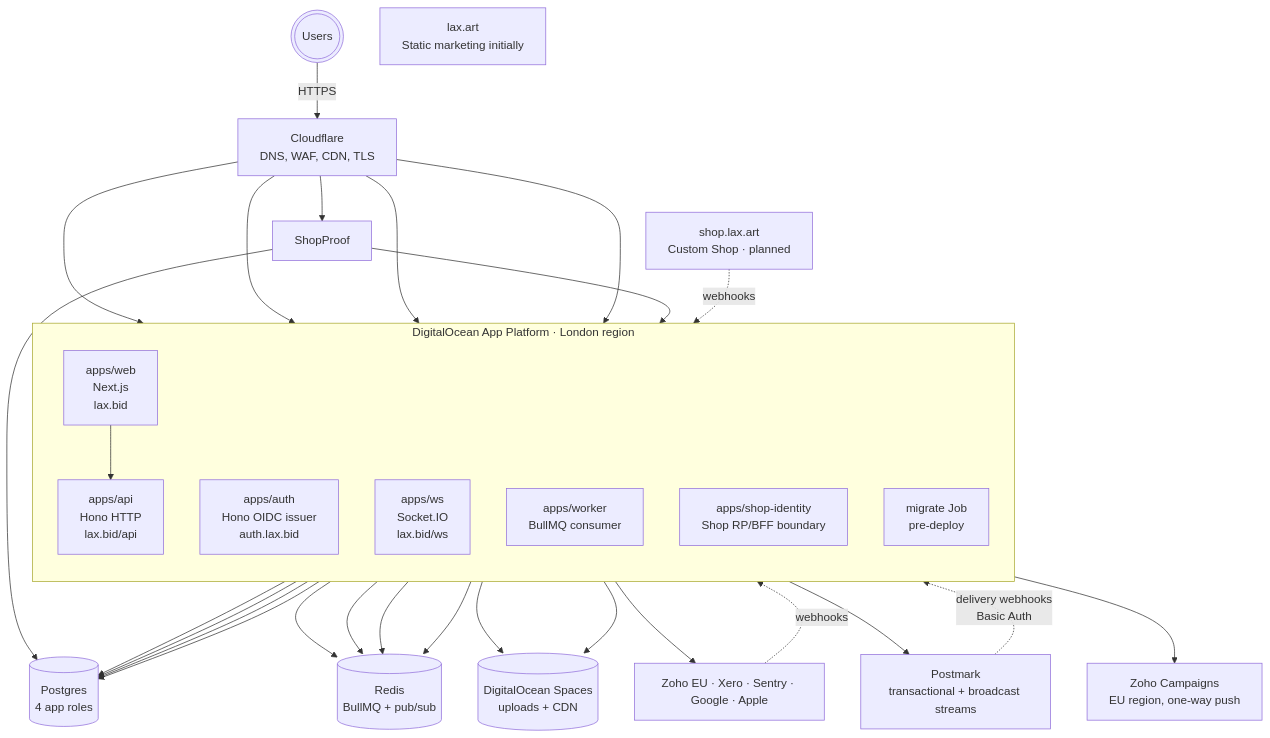
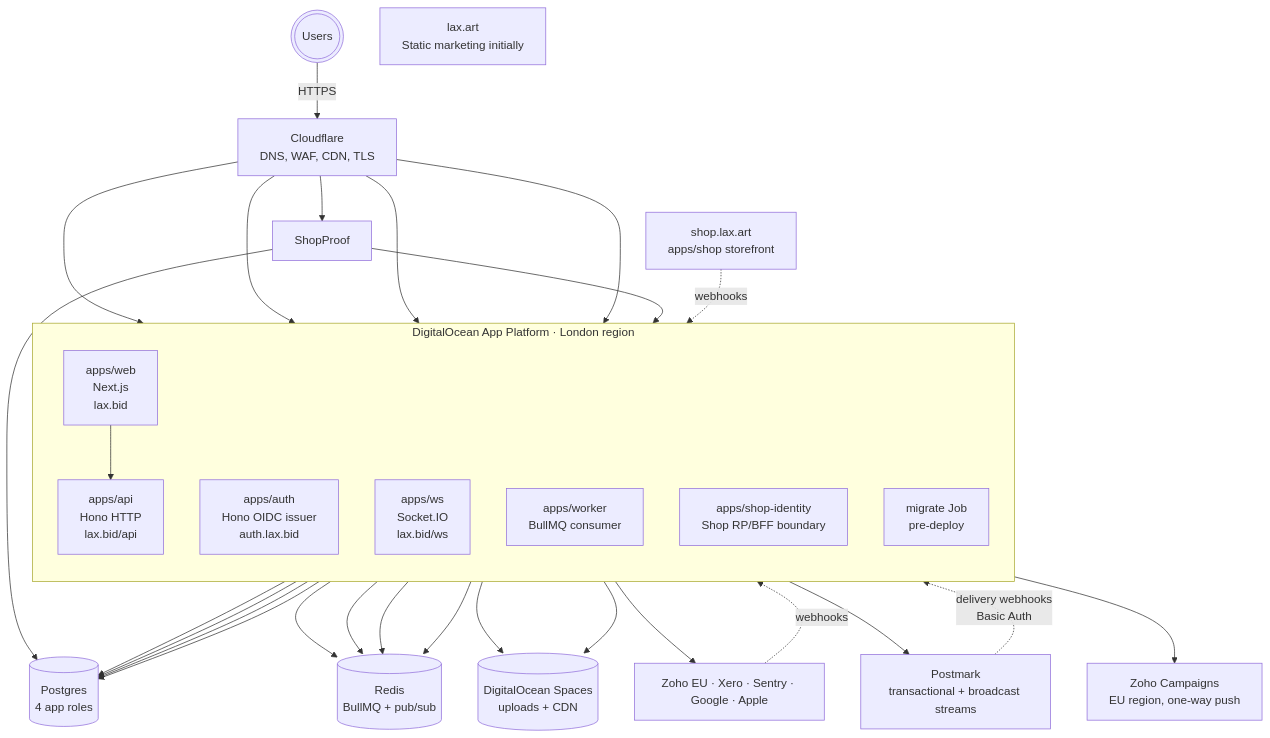
The diagram in docs/architecture/06-deployment.md (LAX-UK/monorepo), drawn with Mermaid before and after one commit. The commit also changed other lines of this file and 826 other files, not shown here.

````diff
--- a/docs/architecture/06-deployment.md
+++ b/docs/architecture/06-deployment.md
@@ -21,55 +21,55 @@
 ```mermaid
 flowchart TB
   Users(((Users)))
   CF[Cloudflare<br/>DNS, WAF, CDN, TLS]
 
   subgraph DO[DigitalOcean App Platform · London region]
     direction TB
     Web[apps/web<br/>Next.js<br/>lax.bid]
     Auth[apps/auth<br/>Hono OIDC issuer<br/>auth.lax.bid]
     Api[apps/api<br/>Hono HTTP<br/>lax.bid/api]
     WS[apps/ws<br/>Socket.IO<br/>lax.bid/ws]
     Worker[apps/worker<br/>BullMQ consumer]
     ShopIdentity[apps/shop-identity<br/>Shop RP/BFF boundary]
     Migrate[migrate Job<br/>pre-deploy]
   end
 
   PG[(Postgres<br/>4 app roles)]
   Redis[(Redis<br/>BullMQ + pub/sub)]
   Spaces[(DigitalOcean Spaces<br/>uploads + CDN)]
 
   Marketing[lax.art<br/>Static marketing initially]
-  Shop[shop.lax.art<br/>Custom Shop · planned]
+  Shop[shop.lax.art<br/>apps/shop storefront]
 
   External[Zoho EU · Xero · Sentry · Google · Apple]
   Postmark[Postmark<br/>transactional + broadcast streams]
   ZohoCamp[Zoho Campaigns<br/>EU region, one-way push]
 
   Users -->|HTTPS| CF
   CF --> Web
   CF --> Auth
   CF --> Api
   CF --> WS
   CF --> ShopProof
 
   Web --> Api
   Auth --> PG
   Auth --> Redis
   Api --> PG
   Api --> Redis
   Api --> Spaces
   WS --> Redis
   Worker --> PG
   Worker --> Redis
   Worker --> Spaces
   ShopProof --> Auth
   ShopProof --> PG
   Worker --> External
   Worker --> Postmark
   Worker --> ZohoCamp
   Migrate --> PG
 
   Shop -.->|webhooks| Api
   External -.->|webhooks| Api
   Postmark -.->|delivery webhooks<br/>Basic Auth| Api
 ```
````
